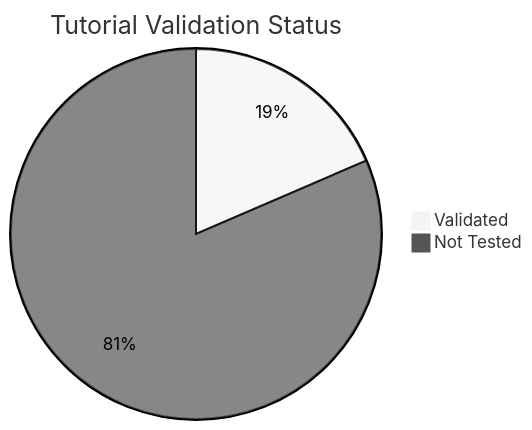
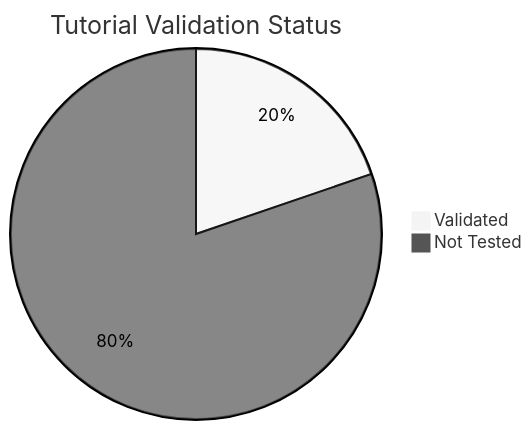
Before and after one commit to yeongseon/azure-container-apps-practical-guide: the diagram in docs/reference/validation-status.md, drawn with Mermaid (neutral theme). The commit also changed other lines of this file and 1 other file, not shown here.

````diff
--- a/docs/reference/validation-status.md
+++ b/docs/reference/validation-status.md
@@ -35,5 +35,5 @@
 ```mermaid
 pie title Tutorial Validation Status
-    "Validated" : 15
-    "Not Tested" : 66
+    "Validated" : 16
+    "Not Tested" : 65
 ```
````
